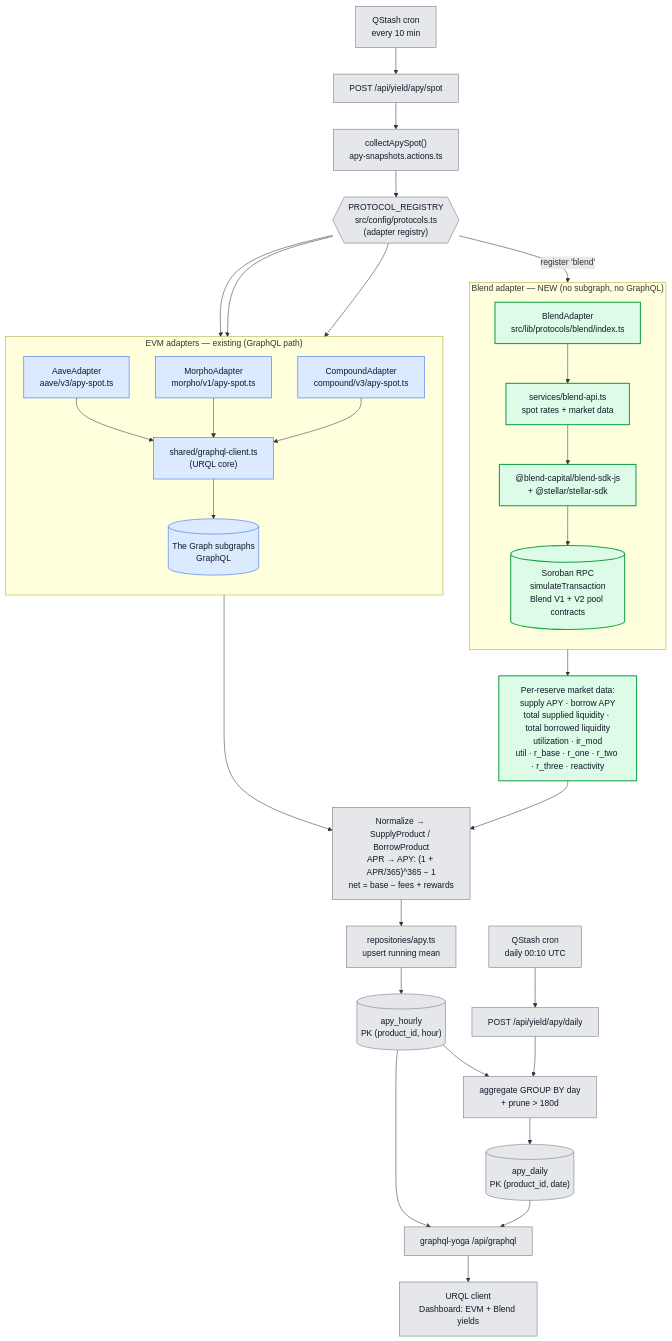
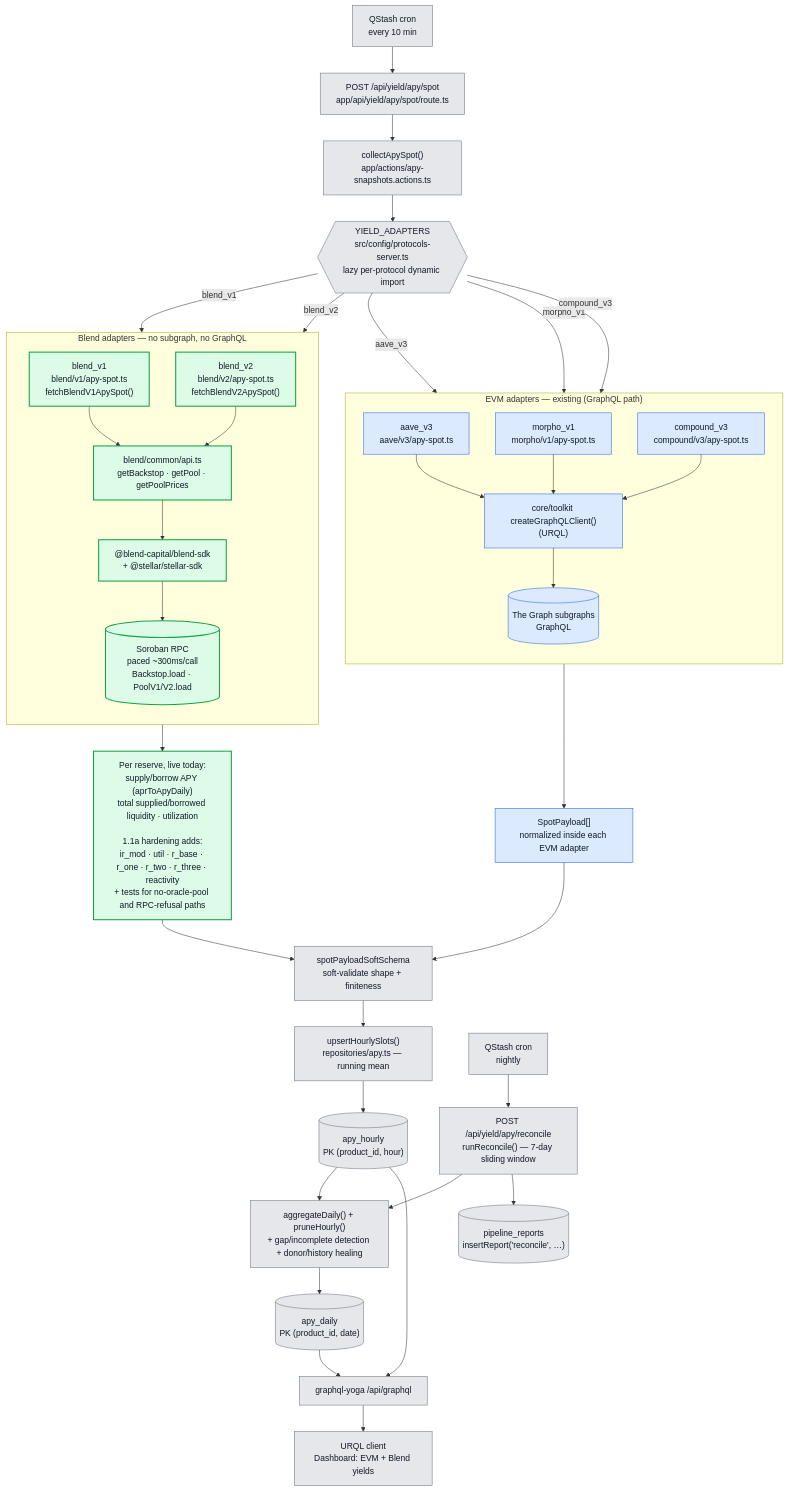
The first of 6 diagrams in docs/architecture-stellar-integration.md (cedricmagne/lendwise), drawn with Mermaid before and after one commit. The commit also changed other lines of this file and 1 other file, not shown here.

Commit message:
chore: update architecture stellar & bland diagram

````diff
--- a/docs/architecture-stellar-integration.md
+++ b/docs/architecture-stellar-integration.md
@@ -26,66 +24,71 @@
 ```mermaid
 flowchart TD
     %% ---------- Triggers ----------
-    Cron["QStash cron<br/>every 10 min"] --> SpotRoute["POST /api/yield/apy/spot"]
-    SpotRoute --> Collect["collectApySpot()<br/>apy-snapshots.actions.ts"]
+    Cron["QStash cron<br/>every 10 min"] --> SpotRoute["POST /api/yield/apy/spot<br/>app/api/yield/apy/spot/route.ts"]
+    SpotRoute --> Collect["collectApySpot()<br/>app/actions/apy-snapshots.actions.ts"]
 
     %% ---------- Registry ----------
-    Collect --> Registry{{"PROTOCOL_REGISTRY<br/>src/config/protocols.ts<br/>(adapter registry)"}}
+    Collect --> Registry{{"YIELD_ADAPTERS<br/>src/config/protocols-server.ts<br/>lazy per-protocol dynamic import"}}
 
     %% ---------- EVM adapters (existing, GraphQL path) ----------
     subgraph EVM["EVM adapters — existing (GraphQL path)"]
         direction TB
-        Aave["AaveAdapter<br/>aave/v3/apy-spot.ts"]
-        Morpho["MorphoAdapter<br/>morpho/v1/apy-spot.ts"]
-        Compound["CompoundAdapter<br/>compound/v3/apy-spot.ts"]
-        GqlClient["shared/graphql-client.ts<br/>(URQL core)"]
+        Aave["aave_v3<br/>aave/v3/apy-spot.ts"]
+        Morpho["morpho_v1<br/>morpho/v1/apy-spot.ts"]
+        Compound["compound_v3<br/>compound/v3/apy-spot.ts"]
+        GqlClient["core/toolkit createGraphQLClient()<br/>(URQL)"]
         TheGraph[("The Graph subgraphs<br/>GraphQL")]
         Aave --> GqlClient
         Morpho --> GqlClient
         Compound --> GqlClient
         GqlClient --> TheGraph
     end
 
-    %% ---------- Blend adapter (NEW, non-GraphQL path) ----------
-    subgraph STELLAR["Blend adapter — NEW (no subgraph, no GraphQL)"]
+    %% ---------- Blend adapters (already implemented, non-GraphQL path, same uniform per-version layout as EVM) ----------
+    subgraph STELLAR["Blend adapters — no subgraph, no GraphQL"]
         direction TB
-        BlendAdapter["BlendAdapter<br/>src/lib/protocols/blend/index.ts"]
-        BlendSvc["services/blend-api.ts<br/>spot rates + market data"]
-        BlendSDK["@blend-capital/blend-sdk-js<br/>+ @stellar/stellar-sdk"]
-        SorobanRPC[("Soroban RPC<br/>simulateTransaction<br/>Blend V1 + V2 pool contracts")]
-        BlendAdapter --> BlendSvc --> BlendSDK --> SorobanRPC
+        BlendV1["blend_v1<br/>blend/v1/apy-spot.ts<br/>fetchBlendV1ApySpot()"]
+        BlendV2["blend_v2<br/>blend/v2/apy-spot.ts<br/>fetchBlendV2ApySpot()"]
+        BlendSvc["blend/common/api.ts<br/>getBackstop · getPool · getPoolPrices"]
+        BlendSDK["@blend-capital/blend-sdk<br/>+ @stellar/stellar-sdk"]
+        SorobanRPC[("Soroban RPC<br/>paced ~300ms/call<br/>Backstop.load · PoolV1/V2.load")]
+        BlendV1 --> BlendSvc
+        BlendV2 --> BlendSvc
+        BlendSvc --> BlendSDK --> SorobanRPC
     end
 
-    Registry --> Aave
-    Registry --> Morpho
-    Registry --> Compound
-    Registry -->|"register 'blend'"| BlendAdapter
+    Registry -->|"aave_v3"| Aave
+    Registry -->|"morpho_v1"| Morpho
+    Registry -->|"compound_v3"| Compound
+    Registry -->|"blend_v1"| BlendV1
+    Registry -->|"blend_v2"| BlendV2
 
-    SorobanRPC --> BlendFields["Per-reserve market data:<br/>supply APY · borrow APY<br/>total supplied liquidity · total borrowed liquidity<br/>utilization · ir_mod<br/>util · r_base · r_one · r_two · r_three · reactivity"]
-
-    %% ---------- Normalization (shared, unchanged) ----------
-    TheGraph --> Normalize["Normalize → SupplyProduct / BorrowProduct<br/>APR → APY: (1 + APR/365)^365 − 1<br/>net = base − fees + rewards"]
-    BlendFields --> Normalize
+    %% ---------- Per-reserve market data — each adapter returns SpotPayload[] already normalized ----------
+    SorobanRPC --> BlendFields["Per reserve, live today:<br/>supply/borrow APY (aprToApyDaily)<br/>total supplied/borrowed liquidity · utilization<br/><br/>1.1a hardening adds:<br/>ir_mod · util · r_base · r_one · r_two · r_three · reactivity<br/>+ tests for no-oracle-pool and RPC-refusal paths"]
+    TheGraph --> EvmFields["SpotPayload[]<br/>normalized inside each EVM adapter"]
 
     %% ---------- Persistence (shared, unchanged) ----------
-    Normalize --> ApyRepo["repositories/apy.ts<br/>upsert running mean"]
+    EvmFields --> Validate["spotPayloadSoftSchema<br/>soft-validate shape + finiteness"]
+    BlendFields --> Validate
+    Validate --> ApyRepo["upsertHourlySlots()<br/>repositories/apy.ts — running mean"]
     ApyRepo --> Hourly[("apy_hourly<br/>PK (product_id, hour)")]
 
-    DailyCron["QStash cron<br/>daily 00:10 UTC"] --> DailyRoute["POST /api/yield/apy/daily"]
-    DailyRoute --> Aggregate["aggregate GROUP BY day<br/>+ prune > 180d"]
+    ReconcileCron["QStash cron<br/>nightly"] --> ReconcileRoute["POST /api/yield/apy/reconcile<br/>runReconcile() — 7-day sliding window"]
+    ReconcileRoute --> Aggregate["aggregateDaily() + pruneHourly()<br/>+ gap/incomplete detection + donor/history healing"]
     Hourly --> Aggregate --> Daily[("apy_daily<br/>PK (product_id, date)")]
+    ReconcileRoute --> Reports[("pipeline_reports<br/>insertReport('reconcile', …)")]
 
     %% ---------- Serving (shared, unchanged) ----------
     Hourly --> GraphQLServer["graphql-yoga /api/graphql"]
     Daily --> GraphQLServer
     GraphQLServer --> UI["URQL client<br/>Dashboard: EVM + Blend yields"]
 
     %% ---------- Styles ----------
     classDef core fill:#e5e7eb,stroke:#6b7280,color:#111827;
     classDef evm fill:#dbeafe,stroke:#2563eb,color:#111827;
     classDef stellar fill:#dcfce7,stroke:#16a34a,color:#111827,stroke-width:2px;
 
-    class Cron,SpotRoute,Collect,Registry,Normalize,ApyRepo,Hourly,DailyCron,DailyRoute,Aggregate,Daily,GraphQLServer,UI core;
-    class Aave,Morpho,Compound,GqlClient,TheGraph evm;
-    class BlendAdapter,BlendSvc,BlendSDK,SorobanRPC,BlendFields stellar;
+    class Cron,SpotRoute,Collect,Registry,Validate,ApyRepo,Hourly,ReconcileCron,ReconcileRoute,Aggregate,Daily,Reports,GraphQLServer,UI core;
+    class Aave,Morpho,Compound,GqlClient,TheGraph,EvmFields evm;
+    class BlendV1,BlendV2,BlendSvc,BlendSDK,SorobanRPC,BlendFields stellar;
 ```
````
